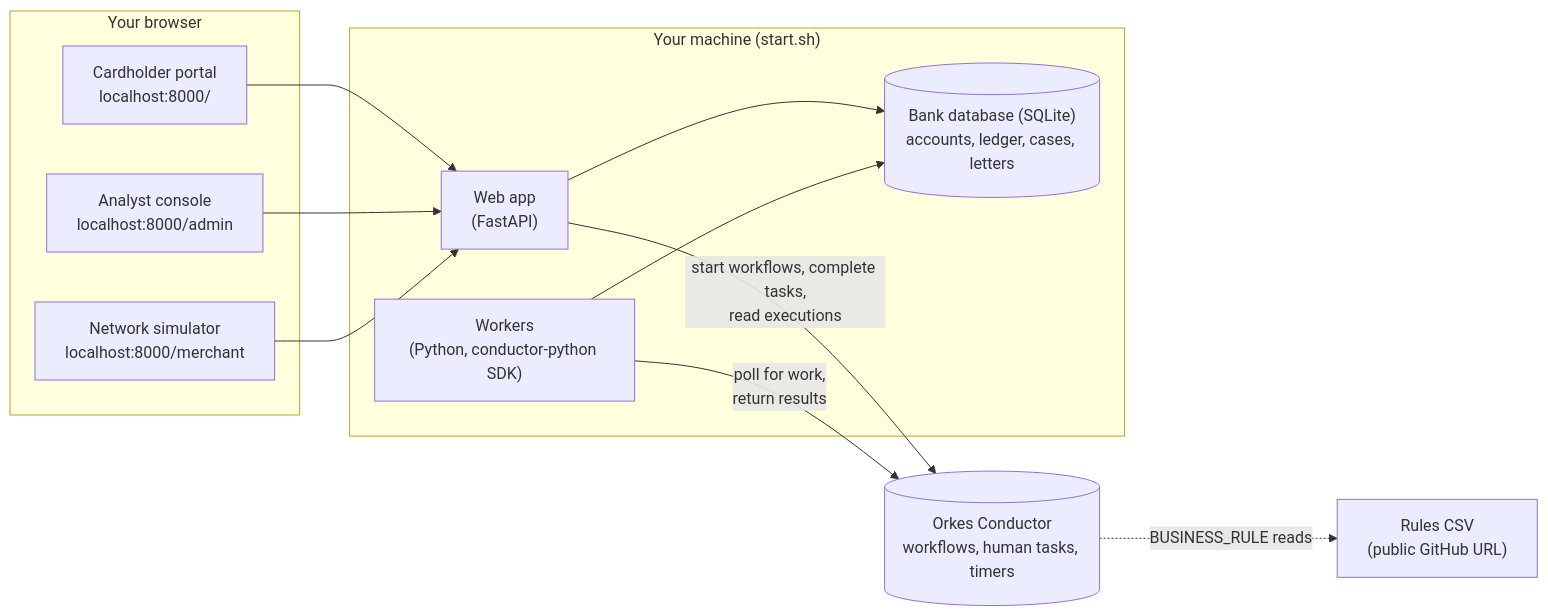
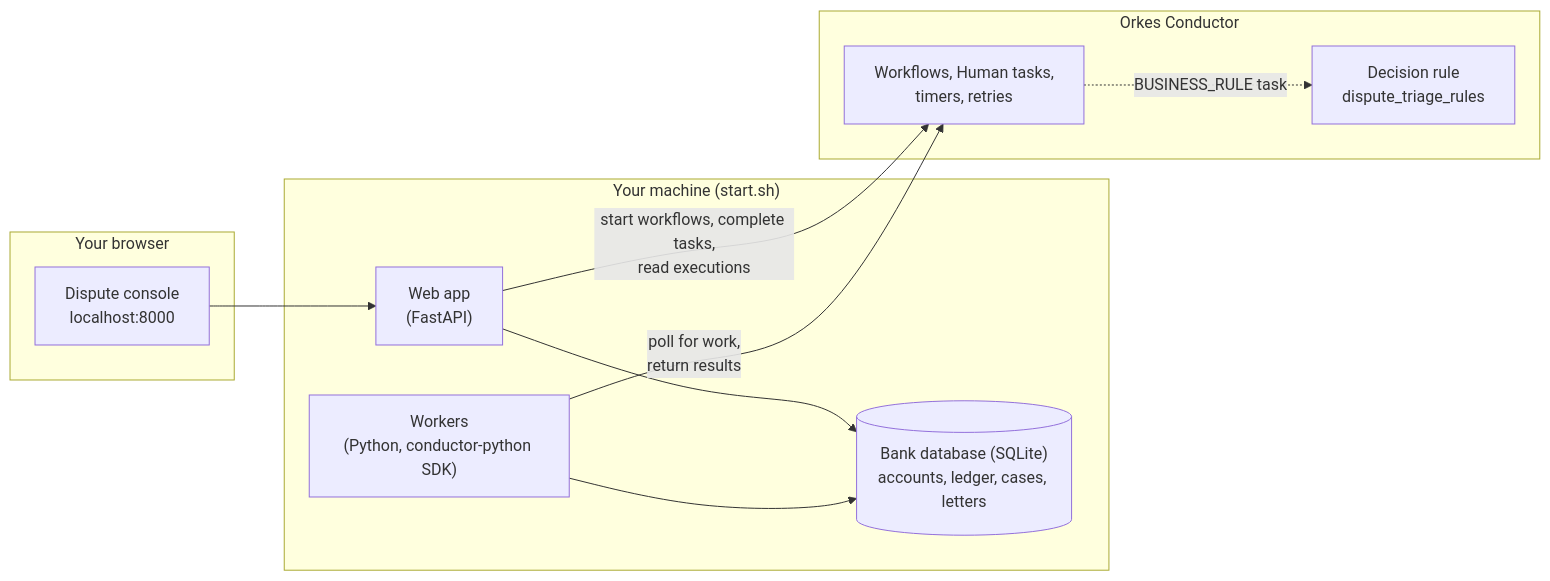
Before and after one commit to mangatrai/conductor-demos: the first of 5 diagrams in dispute_demo/README.md, drawn with Mermaid. The commit also changed other lines of this file and 28 other files, not shown here.

First line of the commit message:
dispute_demo: one-screen live console, rules saved in Orkes, new README

````diff
--- a/dispute_demo/README.md
+++ b/dispute_demo/README.md
@@ -39,24 +41,22 @@
 ```mermaid
 flowchart LR
   subgraph browser["Your browser"]
-    portal["Cardholder portal<br/>localhost:8000/"]
-    console["Analyst console<br/>localhost:8000/admin"]
-    sim["Network simulator<br/>localhost:8000/merchant"]
+    console["Dispute console<br/>localhost:8000"]
   end
   subgraph local["Your machine (start.sh)"]
     app["Web app<br/>(FastAPI)"]
     workers["Workers<br/>(Python, conductor-python SDK)"]
     db[("Bank database (SQLite)<br/>accounts, ledger, cases, letters")]
   end
-  orkes[("Orkes Conductor<br/>workflows, human tasks, timers")]
-  csv["Rules CSV<br/>(public GitHub URL)"]
+  subgraph orkes["Orkes Conductor"]
+    wf["Workflows, Human tasks,<br/>timers, retries"]
+    rule["Decision rule<br/>dispute_triage_rules"]
+  end
 
-  portal --> app
   console --> app
-  sim --> app
-  app -- "start workflows, complete tasks,<br/>read executions" --> orkes
-  workers -- "poll for work,<br/>return results" --> orkes
+  app -- "start workflows, complete tasks,<br/>read executions" --> wf
+  workers -- "poll for work,<br/>return results" --> wf
   app --> db
   workers --> db
-  orkes -. "BUSINESS_RULE reads" .-> csv
+  wf -. "BUSINESS_RULE task" .-> rule
 ```
````
